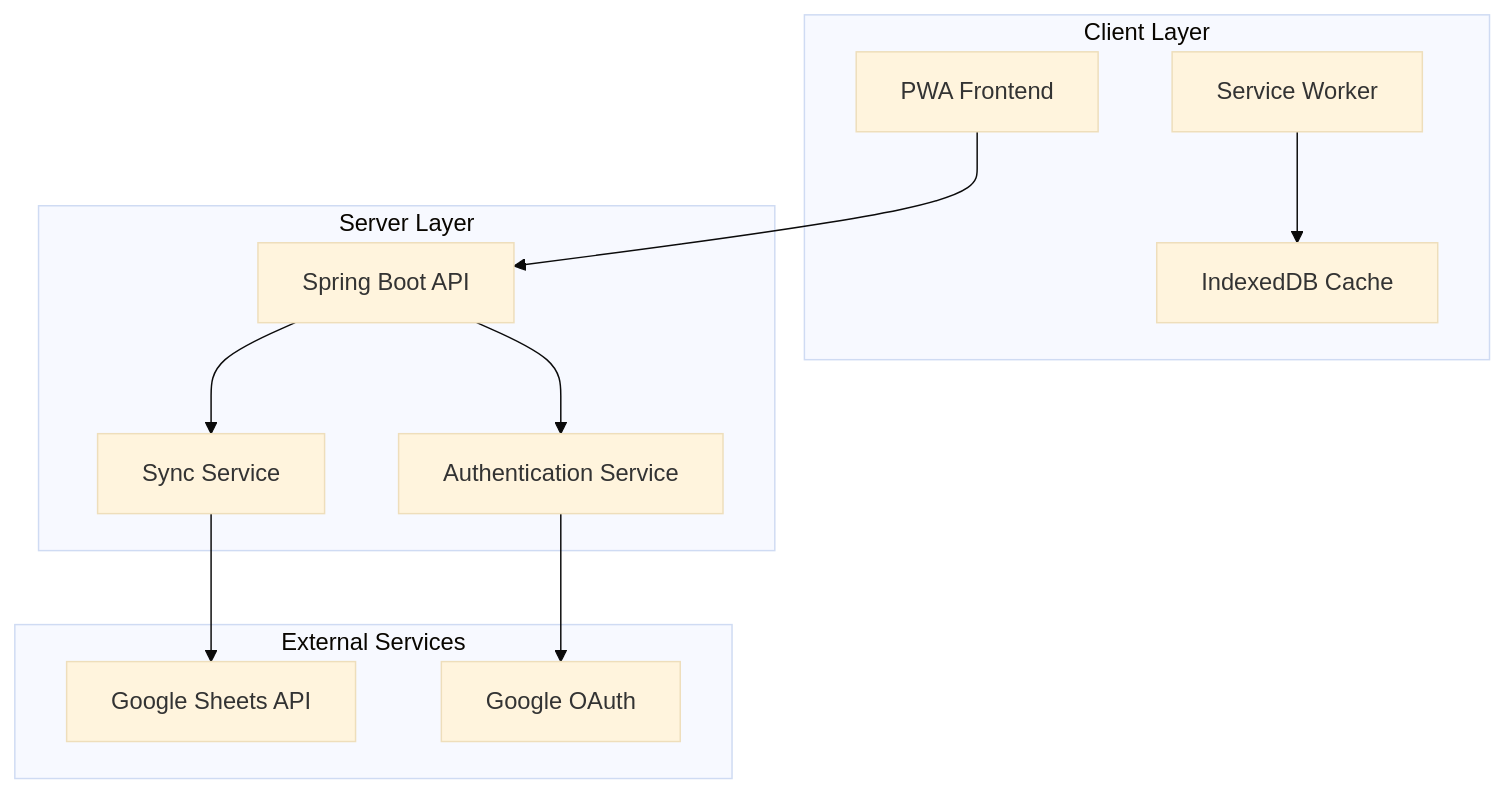
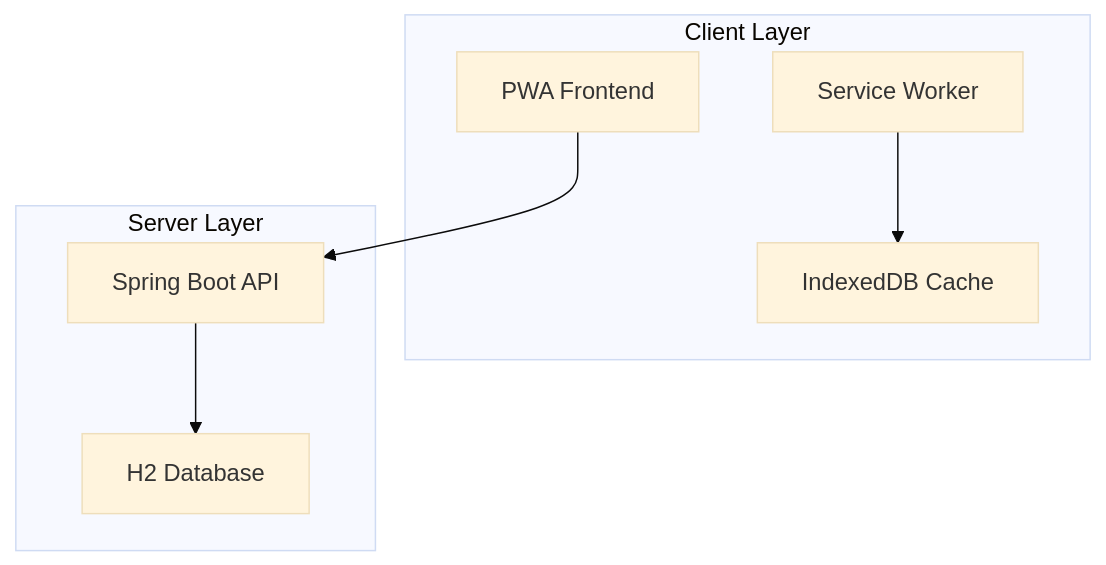
The diagram in .kiro/specs/expense-tracking/design.md (kumaresanramu/tracking), drawn with Mermaid (base theme) before and after one commit. The commit also changed other lines of this file and 46 other files, not shown here.

First line of the commit message:
refactor: Remove Google Sheets sync and simplify to local database storage

````diff
--- a/.kiro/specs/expense-tracking/design.md
+++ b/.kiro/specs/expense-tracking/design.md
@@ -11,26 +11,17 @@
 ```mermaid
 graph TB
     subgraph "Client Layer"
         PWA[PWA Frontend]
         SW[Service Worker]
         IDB[IndexedDB Cache]
     end
     
     subgraph "Server Layer"
         API[Spring Boot API]
-        AUTH[Authentication Service]
-        SYNC[Sync Service]
-    end
-    
-    subgraph "External Services"
-        GSHEETS[Google Sheets API]
-        GAUTH[Google OAuth]
+        DB[H2 Database]
     end
     
     PWA --> API
     SW --> IDB
-    API --> AUTH
-    API --> SYNC
-    SYNC --> GSHEETS
-    AUTH --> GAUTH
+    API --> DB
 ```
````
